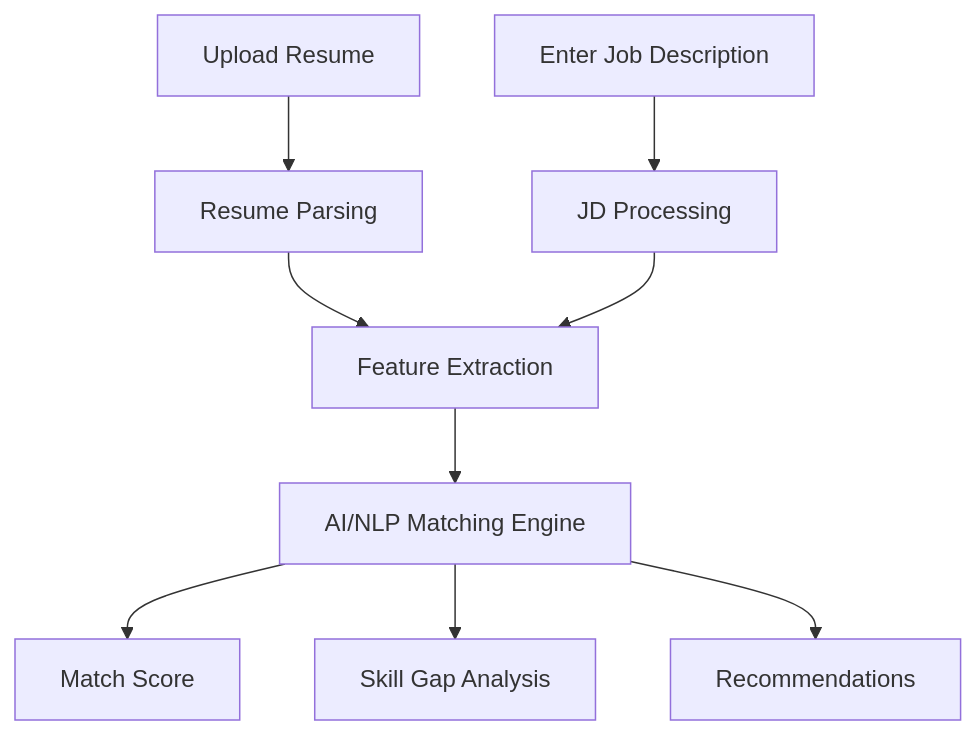
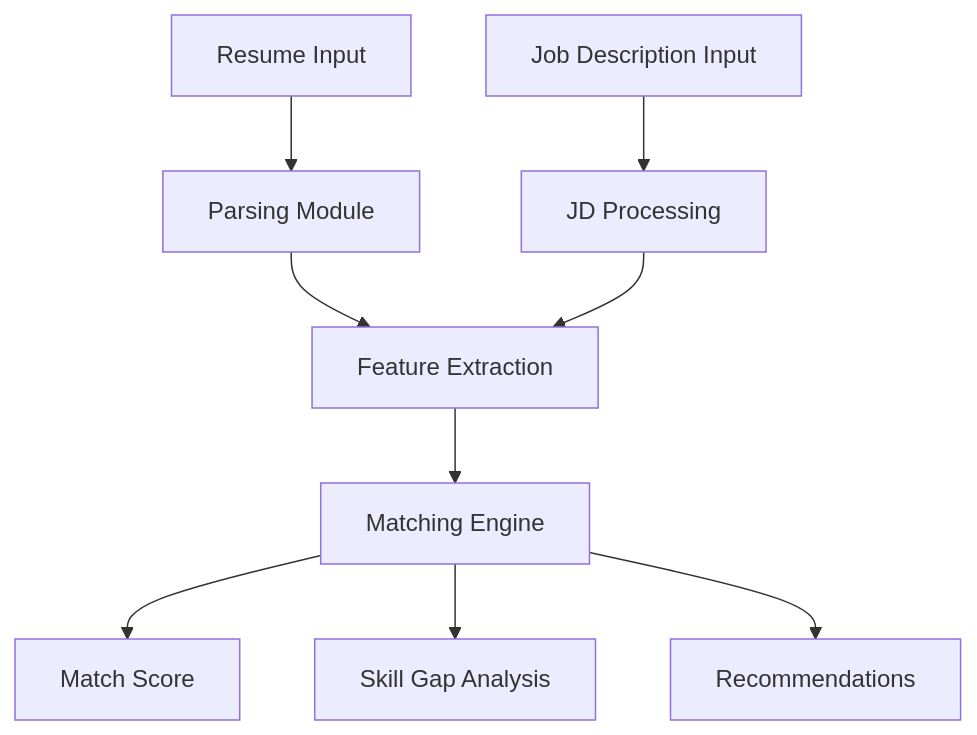
The diagram in README.md (Deepakkumar5570/JobMatchAI), drawn with Mermaid before and after one commit. The commit also changed other lines of this file, not shown here.

````diff
--- a/README.md
+++ b/README.md
@@ -88,11 +99,12 @@
 ```mermaid
 flowchart TD
-    A[Upload Resume] --> B[Resume Parsing]
-    C[Enter Job Description] --> D[JD Processing]
+    A[Resume Input] --> B[Parsing Module]
+    C[Job Description Input] --> D[JD Processing]
     B --> E[Feature Extraction]
     D --> E
-    E --> F[AI/NLP Matching Engine]
+    E --> F[Matching Engine]
     F --> G[Match Score]
     F --> H[Skill Gap Analysis]
     F --> I[Recommendations]
+
 ```
````
